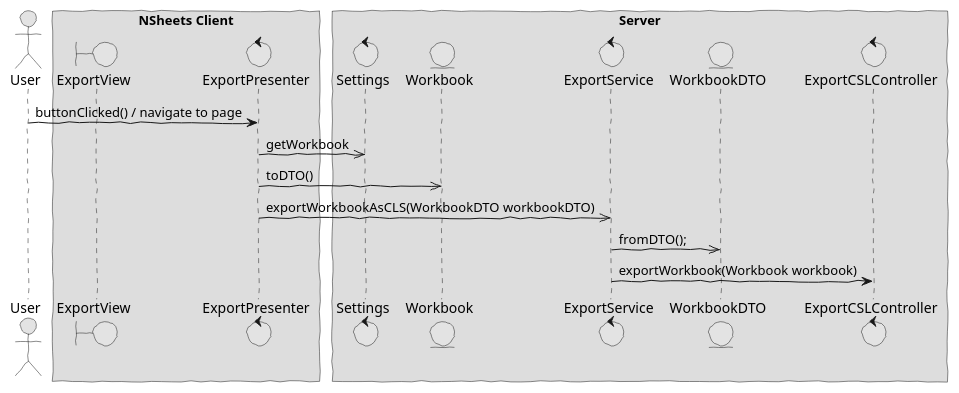
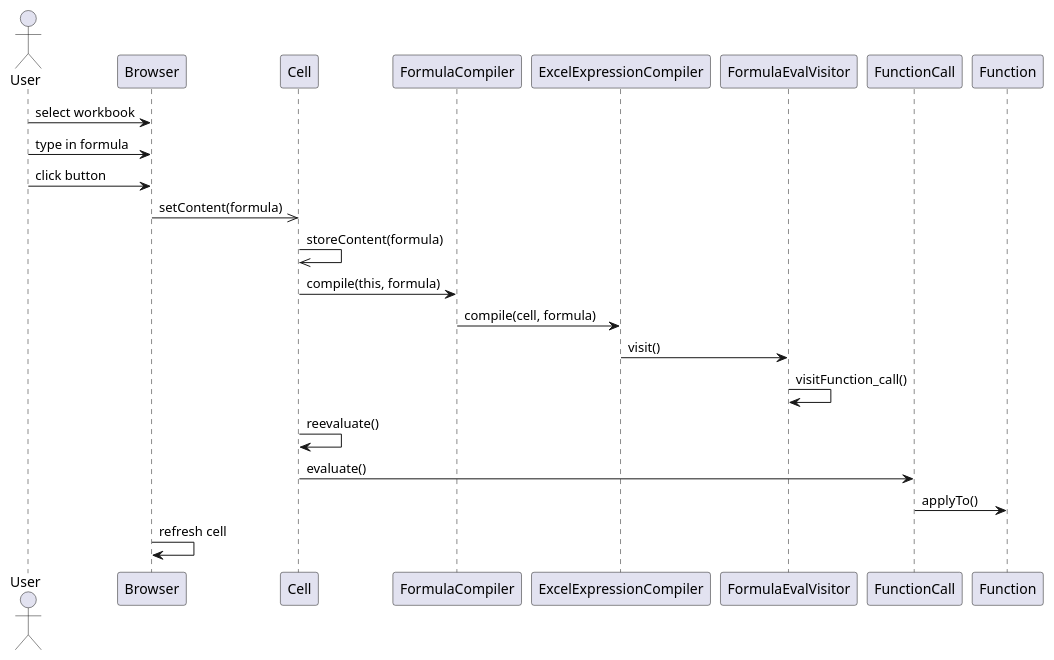
One commit to Fuel4us/EventManagingApp changed the diagram in docs/red/1160629/sp3/design1.puml. Above: the diagram before and after it, drawn with PlantUML. The commit also changed 5 other files, not shown here.

```diff
--- a/docs/red/1160629/sp3/design1.puml
+++ b/docs/red/1160629/sp3/design1.puml
@@ -1,38 +1,33 @@
-@startuml  design1.png
-skinparam handwritten true
-skinparam monochrome true
+@startuml  analysis.png
 skinparam packageStyle rect
 skinparam defaultFontName FG Virgil
 skinparam shadowing false
 
 actor User
-boundary ExportView
-control ExportPresenter
-control ExportService
-control ExportCSLController
-control Settings
-entity Workbook
 
-box "NSheets Client"
-participant ExportView
-participant ExportPresenter
-end box
+User -> Browser : select workbook
+User -> Browser : type in formula
+User -> Browser : click button
 
-box "Server"
-participant Settings
-participant Workbook
-participant ExportService
-entity WorkbookDTO
-participant ExportCSLController
-end box
+Browser ->> Cell : setContent(formula)
+
+Cell ->> Cell : storeContent(formula)
+
+Cell -> FormulaCompiler : compile(this, formula)
+
+FormulaCompiler -> ExcelExpressionCompiler : compile(cell, formula)
+
+ExcelExpressionCompiler -> FormulaEvalVisitor : visit()
+
+FormulaEvalVisitor -> FormulaEvalVisitor : visitFunction_call()
+
+Cell -> Cell : reevaluate()
+
+Cell -> FunctionCall : evaluate()
+
+FunctionCall -> Function : applyTo()
+
+Browser -> Browser : refresh cell
 
 
-
-User -> ExportPresenter : buttonClicked() / navigate to page
-ExportPresenter ->> Settings : getWorkbook
-ExportPresenter ->> Workbook : toDTO()
-ExportPresenter ->> ExportService : exportWorkbookAsCLS(WorkbookDTO workbookDTO)
-ExportService ->> WorkbookDTO : fromDTO();
-ExportService -> ExportCSLController : exportWorkbook(Workbook workbook)
-
 @enduml
```
